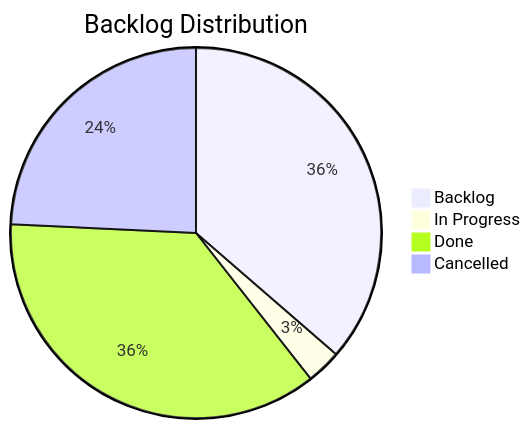
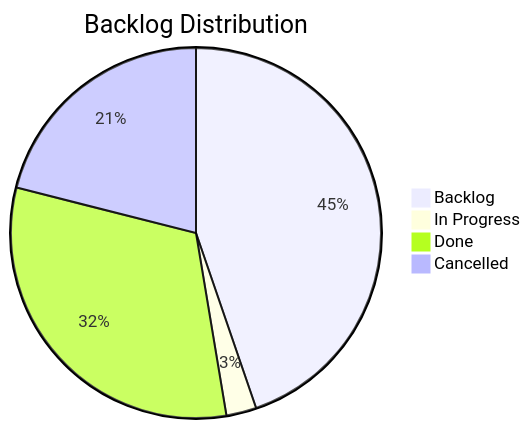
Before and after one commit to TheCodeCreature/Hytale-Example-Plugin: the diagram in docs/board.md, drawn with Mermaid. The commit also changed other lines of this file and 20 other files, not shown here.

````diff
--- a/docs/board.md
+++ b/docs/board.md
@@ -7,7 +7,7 @@
 ```mermaid
 pie title Backlog Distribution
-    "Backlog" : 12
+    "Backlog" : 17
     "In Progress" : 1
     "Done" : 12
     "Cancelled" : 8
 ```
````
